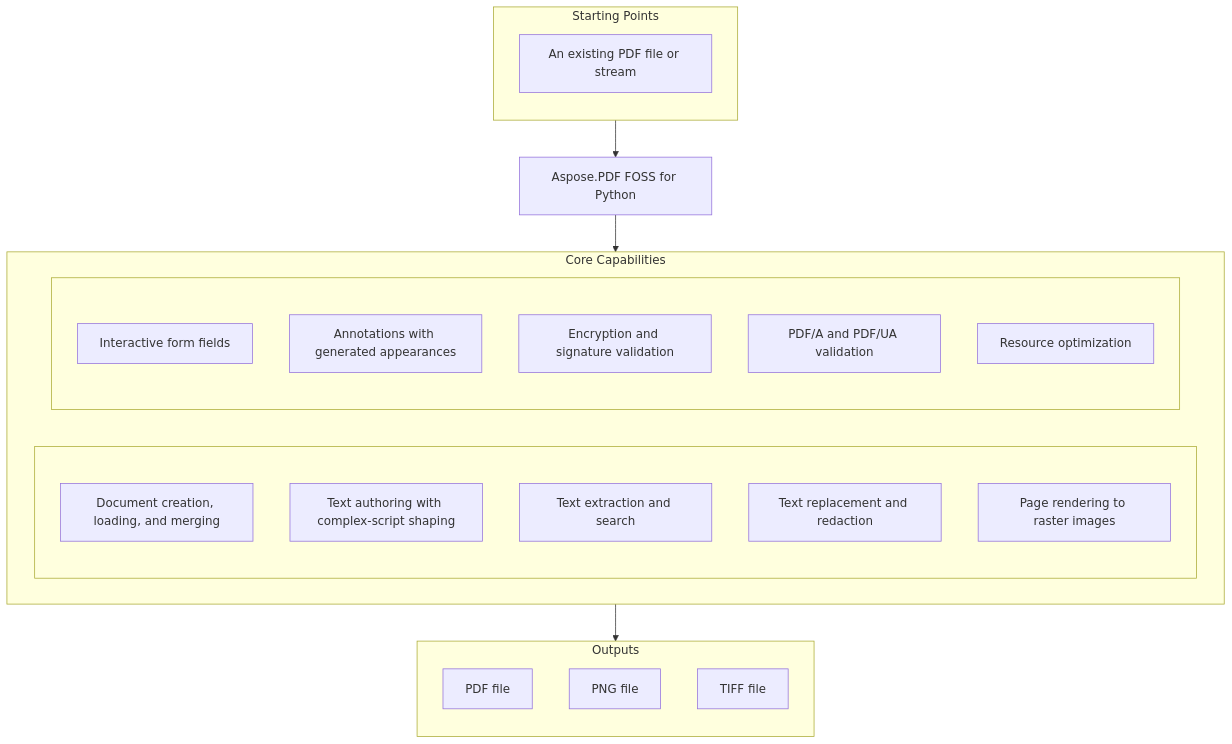
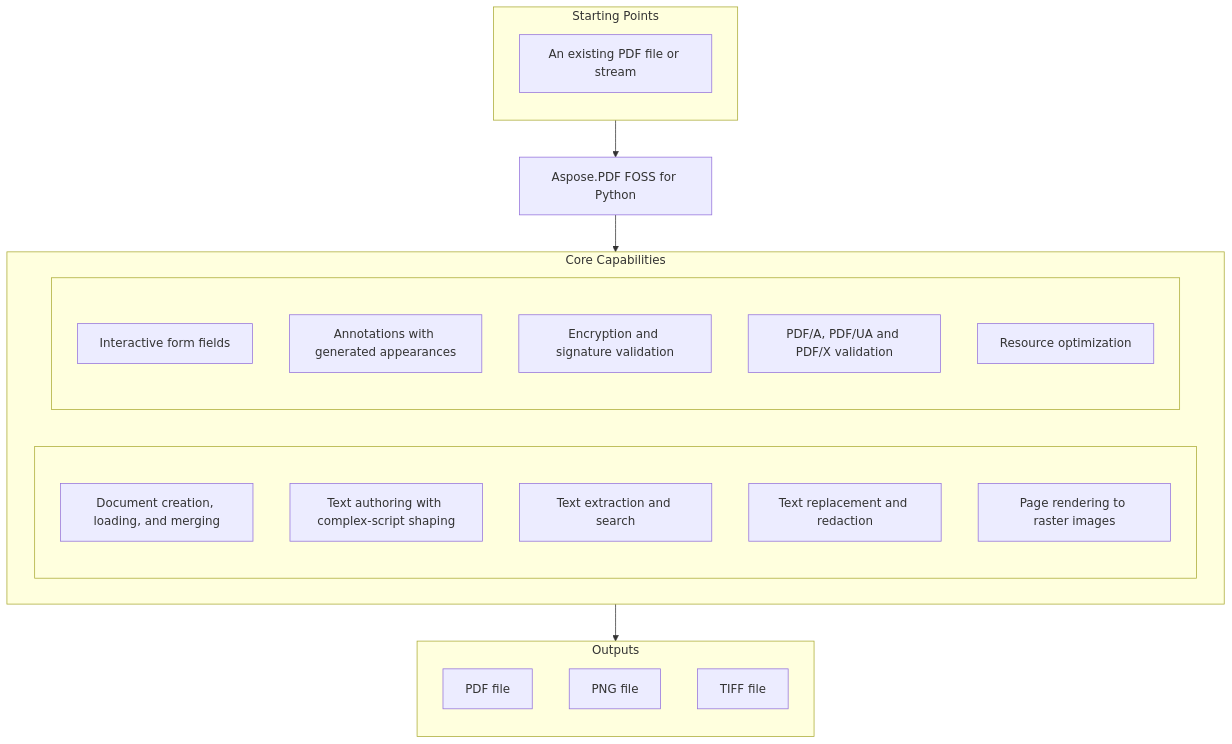
One commit to aspose-pdf-foss/Aspose-PDF-FOSS-for-Python changed the diagram in README.md. Above: the diagram before and after it, drawn with Mermaid. The commit also changed other lines of this file and 9 other files, not shown here.

````diff
--- a/README.md
+++ b/README.md
@@ -29,34 +29,34 @@
 ```mermaid
 flowchart TD
   subgraph StartingPoints["Starting Points"]
     direction TB
     i1["An existing PDF file or stream"]
   end
   PRODUCT["Aspose.PDF FOSS for Python"]
   subgraph Capabilities["Core Capabilities"]
     direction LR
     subgraph capl[" "]
       direction TB
       c1["Document creation, loading, and merging"]
       c2["Text authoring with complex-script shaping"]
       c3["Text extraction and search"]
       c4["Text replacement and redaction"]
       c5["Page rendering to raster images"]
     end
     subgraph capr[" "]
       direction TB
       c6["Interactive form fields"]
       c7["Annotations with generated appearances"]
       c8["Encryption and signature validation"]
-      c9["PDF/A and PDF/UA validation"]
+      c9["PDF/A, PDF/UA and PDF/X validation"]
       c10["Resource optimization"]
     end
   end
   subgraph Outputs["Outputs"]
     direction TB
     o1["PDF file"]
     o2["PNG file"]
     o3["TIFF file"]
   end
   StartingPoints --> PRODUCT --> Capabilities --> Outputs
 ```
````
